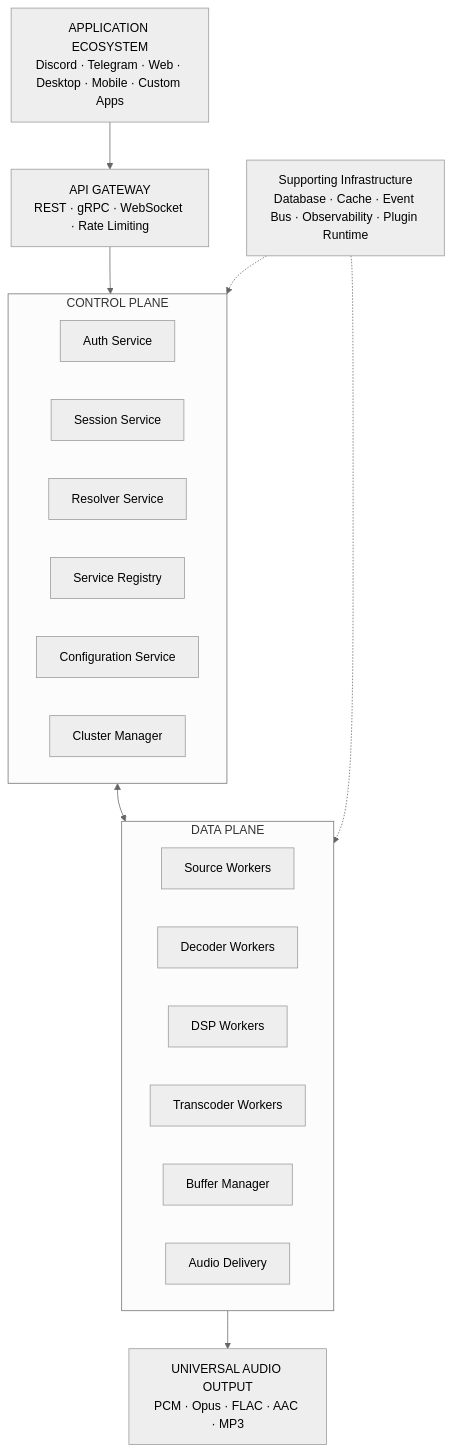
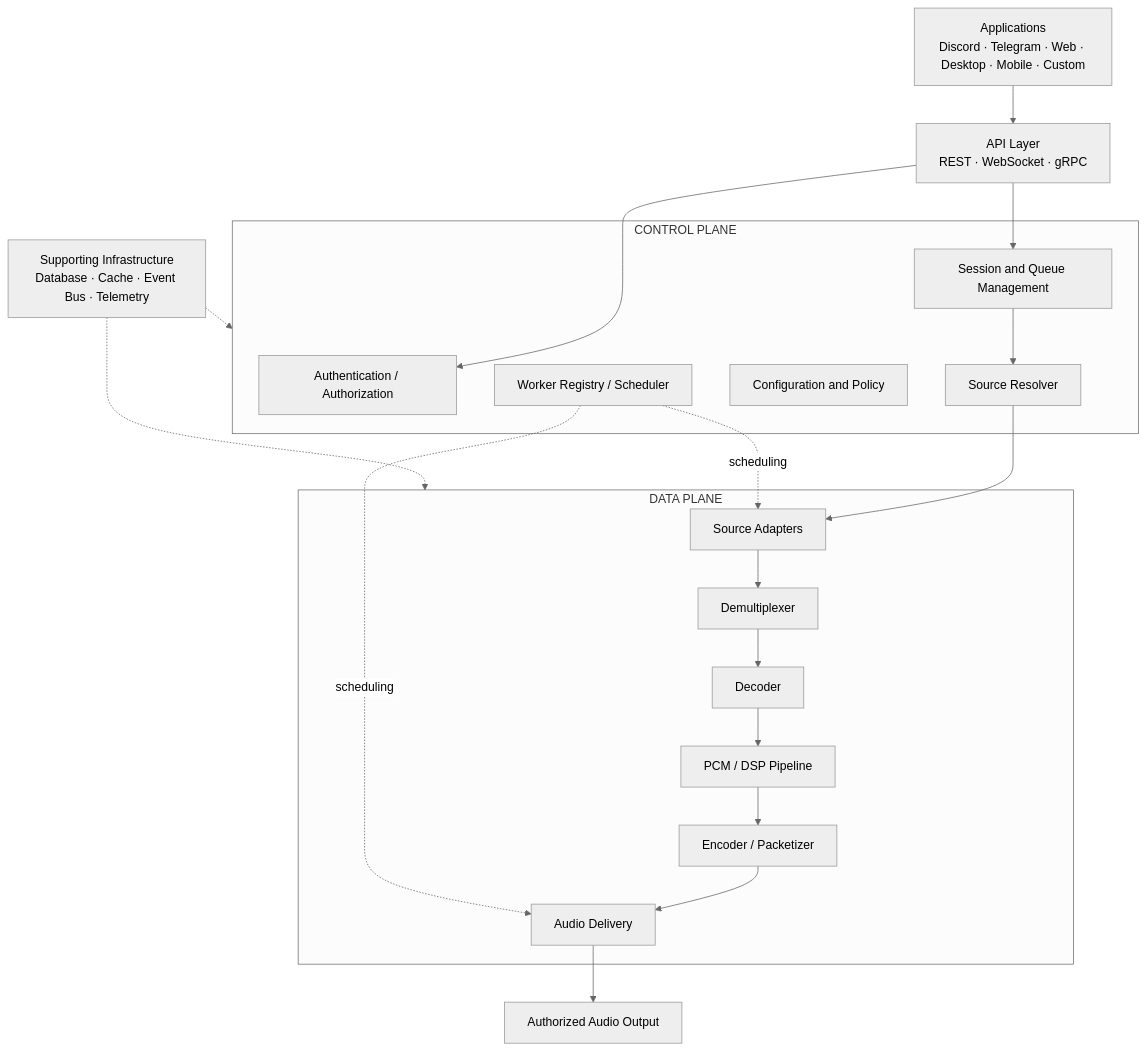
Before and after one commit to NICK-FURY-6023/NEXORA: the first of 3 diagrams in README.md, drawn with Mermaid (neutral theme). The commit also changed other lines of this file, not shown here.

````diff
--- a/README.md
+++ b/README.md
@@ -192,33 +199,36 @@
-``` mermaid
+```mermaid
 flowchart TB
-    A["APPLICATION ECOSYSTEM<br/>Discord · Telegram · Web · Desktop · Mobile · Custom Apps"]
-    B["API GATEWAY<br/>REST · gRPC · WebSocket · Rate Limiting"]
+    APP["Applications<br/>Discord · Telegram · Web · Desktop · Mobile · Custom"]
+    API["API Layer<br/>REST · WebSocket · gRPC"]
 
-    subgraph CP["CONTROL PLANE"]
-      C1["Auth Service"]
-      C2["Session Service"]
-      C3["Resolver Service"]
-      C4["Service Registry"]
-      C5["Configuration Service"]
-      C6["Cluster Manager"]
+    subgraph CONTROL["CONTROL PLANE"]
+      AUTH["Authentication / Authorization"]
+      SESSION["Session and Queue Management"]
+      RESOLVE["Source Resolver"]
+      CONFIG["Configuration and Policy"]
+      REGISTRY["Worker Registry / Scheduler"]
     end
 
-    subgraph DP["DATA PLANE"]
-      D1["Source Workers"]
-      D2["Decoder Workers"]
-      D3["DSP Workers"]
-      D4["Transcoder Workers"]
-      D5["Buffer Manager"]
-      D6["Audio Delivery"]
+    subgraph DATA["DATA PLANE"]
+      SOURCE["Source Adapters"]
+      DEMUX["Demultiplexer"]
+      DECODE["Decoder"]
+      DSP["PCM / DSP Pipeline"]
+      ENCODE["Encoder / Packetizer"]
+      DELIVERY["Audio Delivery"]
     end
 
-    E["UNIVERSAL AUDIO OUTPUT<br/>PCM · Opus · FLAC · AAC · MP3"]
-    F["Supporting Infrastructure<br/>Database · Cache · Event Bus · Observability · Plugin Runtime"]
+    INFRA["Supporting Infrastructure<br/>Database · Cache · Event Bus · Telemetry"]
+    OUT["Authorized Audio Output"]
 
-    A --> B
-    B --> CP
-    CP <--> DP
-    DP --> E
-    F -.-> CP
-    F -.-> DP
+    APP --> API
+    API --> AUTH
+    API --> SESSION
+    SESSION --> RESOLVE
+    RESOLVE --> SOURCE
+    SOURCE --> DEMUX --> DECODE --> DSP --> ENCODE --> DELIVERY --> OUT
+    REGISTRY -. scheduling .-> SOURCE
+    REGISTRY -. scheduling .-> DELIVERY
+    INFRA -.-> CONTROL
+    INFRA -.-> DATA
 ```
````
